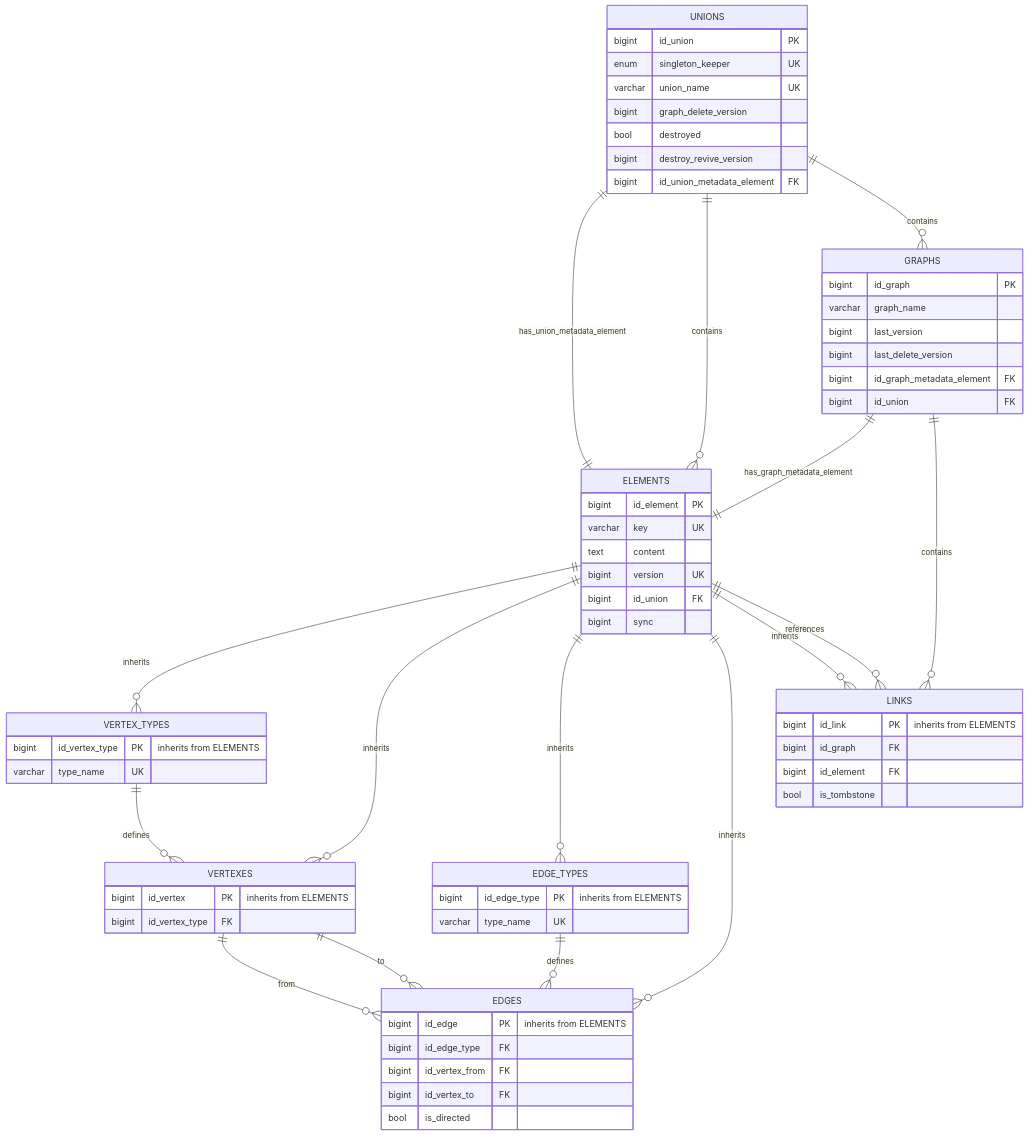
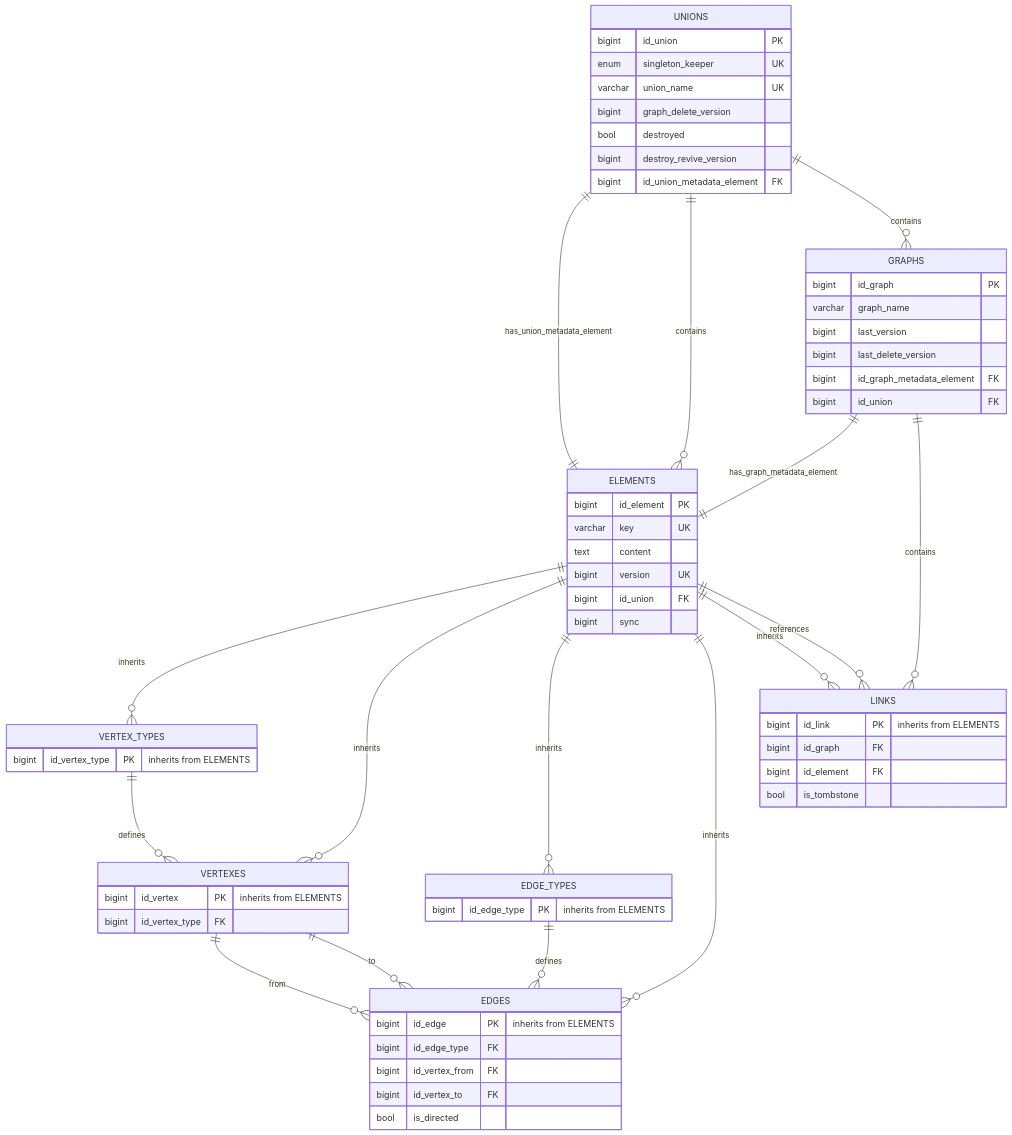
The diagram in ViUn source DB (legacy).md (flower-org/ViUn), drawn with Mermaid before and after one commit.

Commit message:
Update ViUn source DB (legacy).md

````diff
--- a/ViUn source DB (legacy).md
+++ b/ViUn source DB (legacy).md
@@ -5,75 +5,73 @@
 ```mermaid
 erDiagram
     UNIONS ||--|| ELEMENTS : "has_union_metadata_element"
     UNIONS ||--o{ ELEMENTS : contains
     UNIONS ||--o{ GRAPHS : contains
     UNIONS {
         bigint id_union PK
         enum singleton_keeper UK
         varchar union_name UK
         bigint graph_delete_version
         bool destroyed
         bigint destroy_revive_version
         bigint id_union_metadata_element FK
     }
 
     ELEMENTS ||--o{ VERTEX_TYPES : "inherits"
     ELEMENTS ||--o{ VERTEXES : "inherits"
     ELEMENTS ||--o{ EDGE_TYPES : "inherits"
     ELEMENTS ||--o{ EDGES : "inherits"
     ELEMENTS ||--o{ LINKS : "inherits"
     ELEMENTS ||--o{ LINKS : references
     ELEMENTS {
         bigint id_element PK
         varchar key UK
         text content
         bigint version UK
         bigint id_union FK
         bigint sync
     }
 
     VERTEX_TYPES ||--o{ VERTEXES : "defines"
     VERTEX_TYPES {
         bigint id_vertex_type PK "inherits from ELEMENTS"
-        varchar type_name UK
     }
 
     VERTEXES ||--o{ EDGES : "from"
     VERTEXES ||--o{ EDGES : "to"
     VERTEXES {
         bigint id_vertex PK "inherits from ELEMENTS"
         bigint id_vertex_type FK
     }
 
     EDGE_TYPES {
         bigint id_edge_type PK "inherits from ELEMENTS"
-        varchar type_name UK
     }
 
     EDGE_TYPES ||--o{ EDGES : "defines"
     EDGES {
         bigint id_edge PK "inherits from ELEMENTS"
         bigint id_edge_type FK
         bigint id_vertex_from FK
         bigint id_vertex_to FK
         bool is_directed
     }
 
     GRAPHS ||--|| ELEMENTS : "has_graph_metadata_element"
     GRAPHS ||--o{ LINKS : contains
     GRAPHS {
         bigint id_graph PK
         varchar graph_name
         bigint last_version
         bigint last_delete_version
         bigint id_graph_metadata_element FK
         bigint id_union FK
     }
 
     LINKS {
         bigint id_link PK "inherits from ELEMENTS"
         bigint id_graph FK
         bigint id_element FK
         bool is_tombstone
     }
 ```
````
